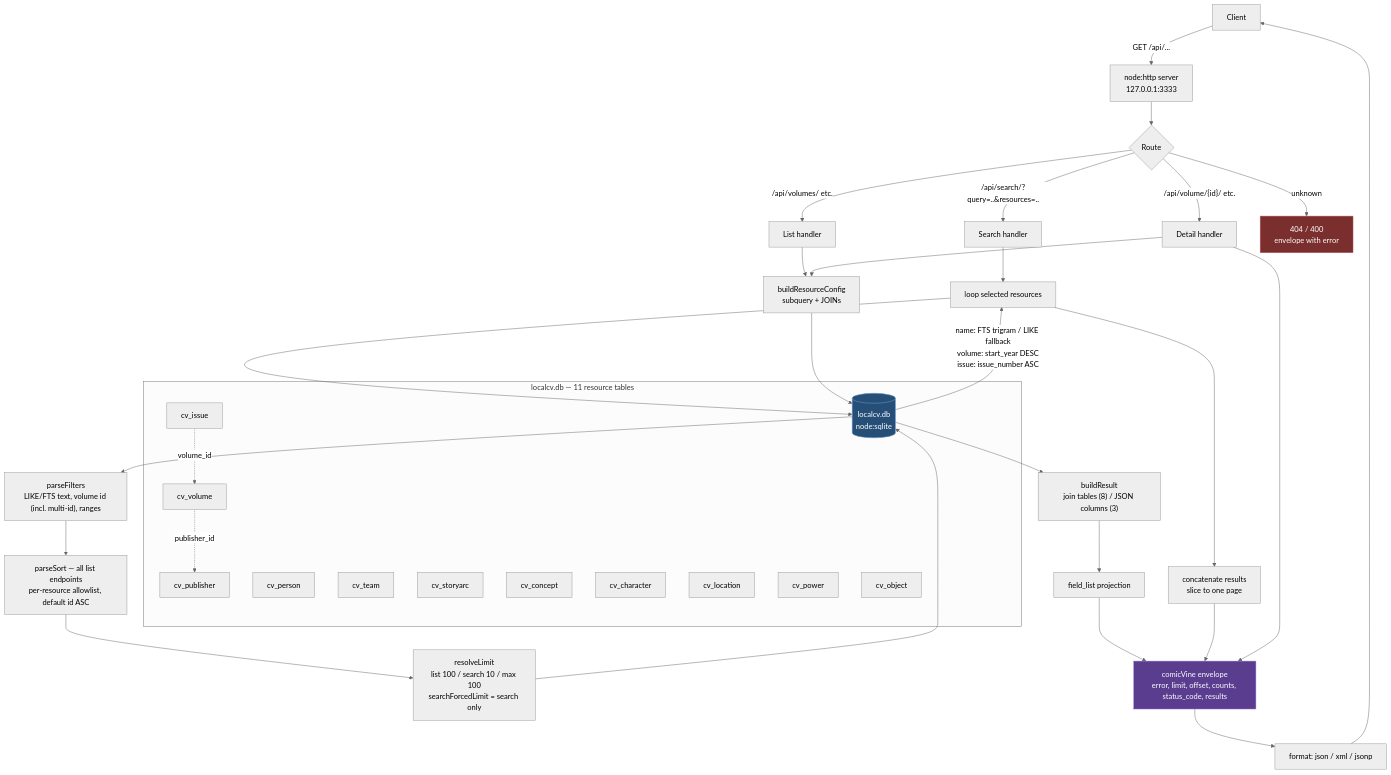
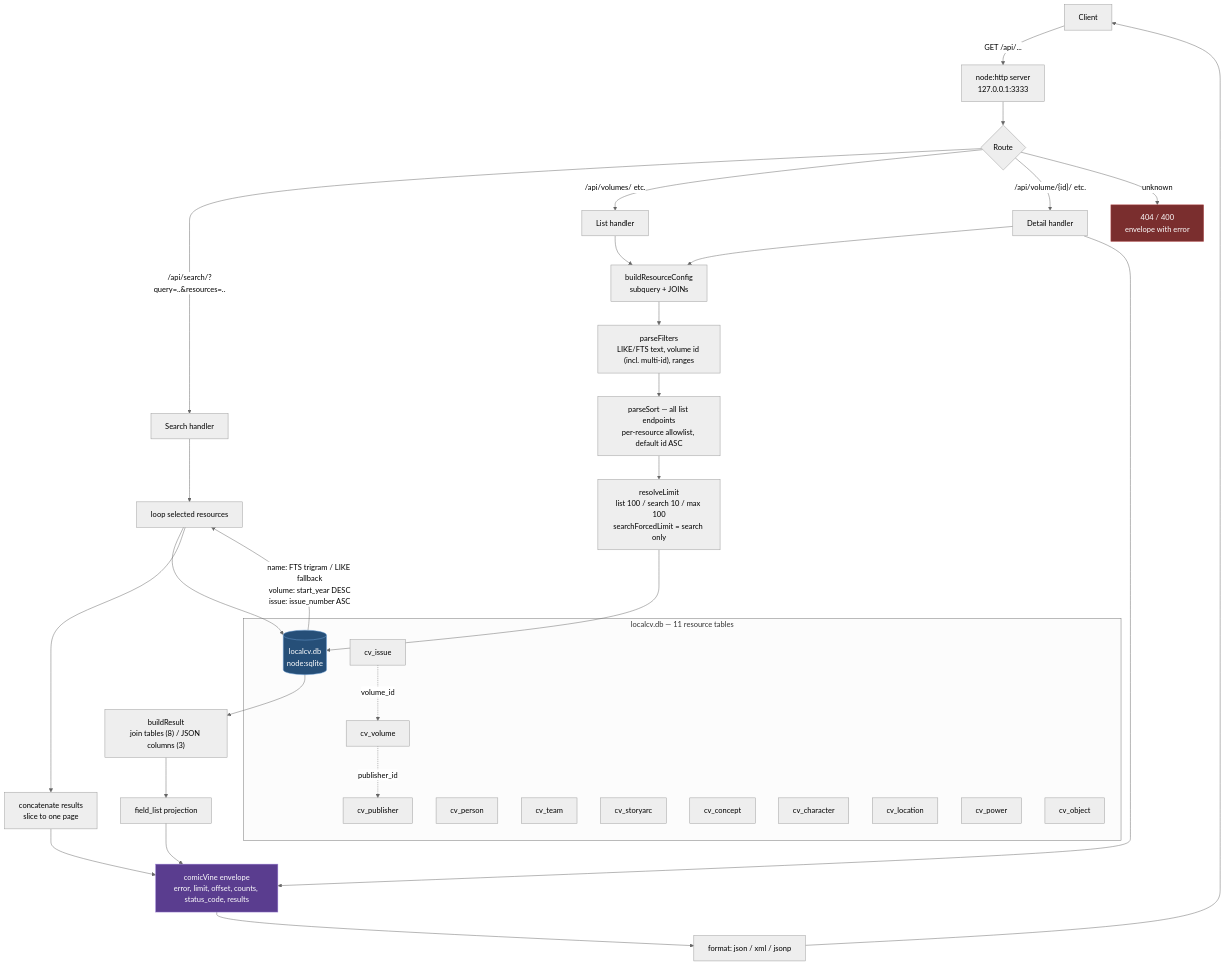
The first of 3 diagrams in docs/architecture.md (javabits-github/local-comicvine-api), drawn with Mermaid (neutral theme) before and after one commit. The commit also changed 2 other files, not shown here.

Commit message:
docs(architecture): remove spurious second DB visit from server request-flow diagram (DOC-2)

````diff
--- a/docs/architecture.md
+++ b/docs/architecture.md
@@ -5,52 +5,51 @@
 ```mermaid
 flowchart TB
     C[Client] -->|GET /api/...| S[node:http server<br/>127.0.0.1:3333]
 
     S --> R{"Route"}
     R -->|/api/search/?query=..&resources=..| SE[Search handler]
     R -->|/api/volumes/ etc.| LE[List handler]
     R -->|"/api/volume/{id}/ etc."| DE["Detail handler"]
     R -->|unknown| NF[404 / 400<br/>envelope with error]
 
     SE --> LO[loop selected resources]
     LO --> Q[(localcv.db<br/>node:sqlite)]
     Q -->|"name: FTS trigram / LIKE fallback<br/>volume: start_year DESC<br/>issue: issue_number ASC"| LO
     LO --> CAT[concatenate results<br/>slice to one page]
 
     LE --> CFG[buildResourceConfig<br/>subquery + JOINs]
     DE --> CFG
-    CFG --> Q
-    Q --> F["parseFilters<br/>LIKE/FTS text, volume id (incl. multi-id), ranges"]
+    CFG --> F["parseFilters<br/>LIKE/FTS text, volume id (incl. multi-id), ranges"]
     F --> SO[parseSort — all list endpoints<br/>per-resource allowlist, default id ASC]
     SO --> L[resolveLimit<br/>list 100 / search 10 / max 100<br/>searchForcedLimit = search only]
     L --> Q
 
     Q --> B["buildResult<br/>join tables (8) / JSON columns (3)"]
     B --> FL[field_list projection]
     FL --> EN[comicVine envelope<br/>error, limit, offset, counts, status_code, results]
     CAT --> EN
     DE --> EN
     EN --> FM[format: json / xml / jsonp]
     FM --> C
 
     subgraph DB [localcv.db — 11 resource tables]
         Q
         PUB[cv_publisher]
         VOL[cv_volume]
         ISS[cv_issue]
         PER[cv_person]
         TEAM[cv_team]
         ARC[cv_storyarc]
         CON[cv_concept]
         CHAR[cv_character]
         LOC[cv_location]
         POW[cv_power]
         OBJ[cv_object]
         VOL -. publisher_id .-> PUB
         ISS -. volume_id .-> VOL
     end
 
     style Q fill:#264f78,stroke:#6ea1d6,color:#fff
     style EN fill:#5a3d8f,stroke:#9b7fd4,color:#fff
     style NF fill:#7a2e2e,stroke:#c06060,color:#fff
 ```
````
